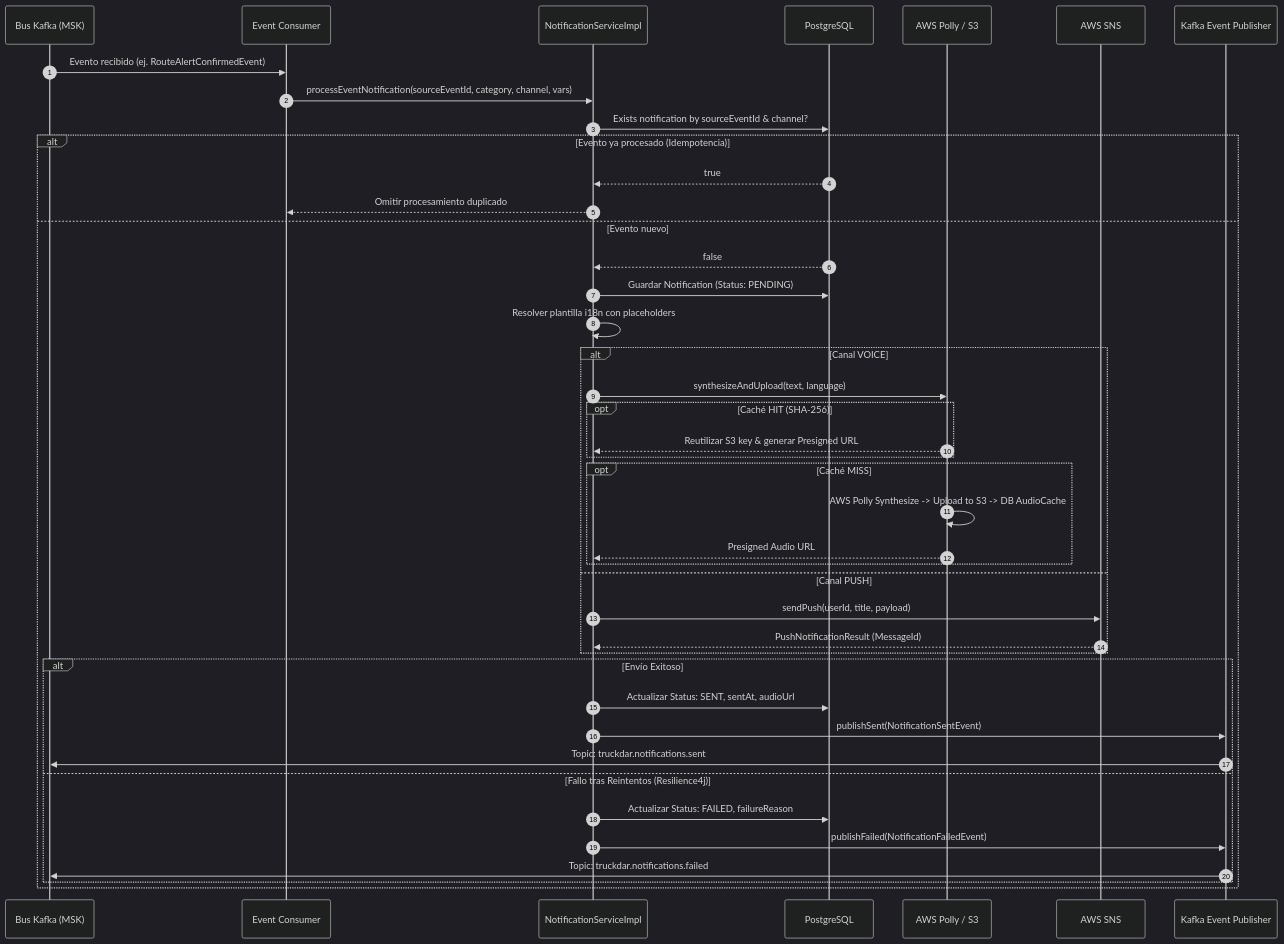
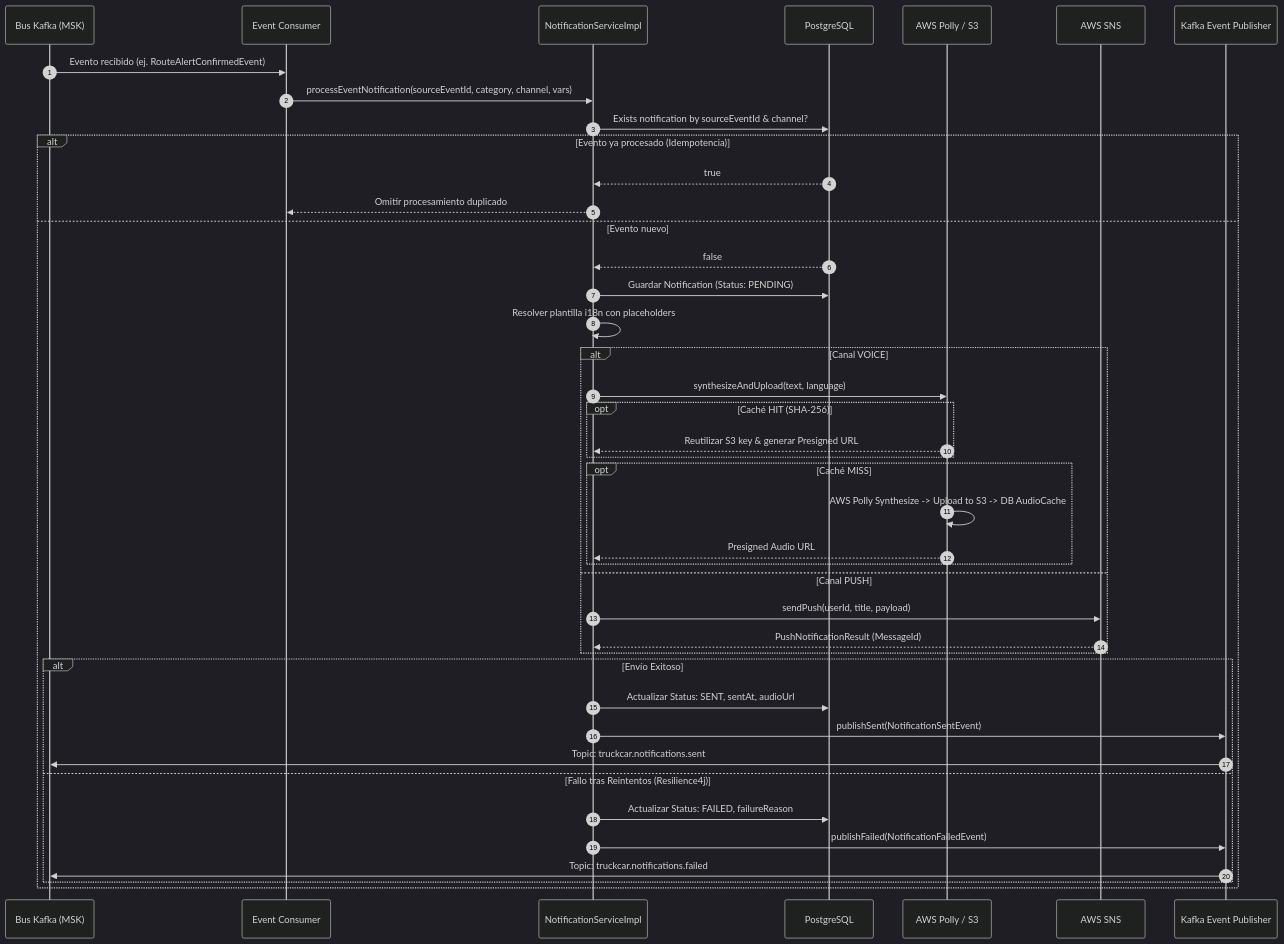
Before and after one commit to TRUCKCAR-APP/Notifications: the second of 2 diagrams in README.md, drawn with Mermaid (dark theme). The commit also changed other lines of this file and 133 other files, not shown here.

````diff
--- a/README.md
+++ b/README.md
@@ -82,48 +82,48 @@
 ```mermaid
 sequenceDiagram
     autonumber
     participant Kafka as Bus Kafka (MSK)
     participant Consumer as Event Consumer
     participant Service as NotificationServiceImpl
     participant DB as PostgreSQL
     participant Polly as AWS Polly / S3
     participant SNS as AWS SNS
     participant Pub as Kafka Event Publisher
 
     Kafka->>Consumer: Evento recibido (ej. RouteAlertConfirmedEvent)
     Consumer->>Service: processEventNotification(sourceEventId, category, channel, vars)
     Service->>DB: Exists notification by sourceEventId & channel?
     
     alt Evento ya procesado (Idempotencia)
         DB-->>Service: true
         Service-->>Consumer: Omitir procesamiento duplicado
     else Evento nuevo
         DB-->>Service: false
         Service->>DB: Guardar Notification (Status: PENDING)
         Service->>Service: Resolver plantilla i18n con placeholders
         
         alt Canal VOICE
             Service->>Polly: synthesizeAndUpload(text, language)
             opt Caché HIT (SHA-256)
                 Polly-->>Service: Reutilizar S3 key & generar Presigned URL
             end
             opt Caché MISS
                 Polly->>Polly: AWS Polly Synthesize -> Upload to S3 -> DB AudioCache
                 Polly-->>Service: Presigned Audio URL
             end
         else Canal PUSH
             Service->>SNS: sendPush(userId, title, payload)
             SNS-->>Service: PushNotificationResult (MessageId)
         end
 
         alt Envío Exitoso
             Service->>DB: Actualizar Status: SENT, sentAt, audioUrl
             Service->>Pub: publishSent(NotificationSentEvent)
-            Pub->>Kafka: Topic: truckdar.notifications.sent
+            Pub->>Kafka: Topic: truckcar.notifications.sent
         else Fallo tras Reintentos (Resilience4j)
             Service->>DB: Actualizar Status: FAILED, failureReason
             Service->>Pub: publishFailed(NotificationFailedEvent)
-            Pub->>Kafka: Topic: truckdar.notifications.failed
+            Pub->>Kafka: Topic: truckcar.notifications.failed
         end
     end
 ```
````
